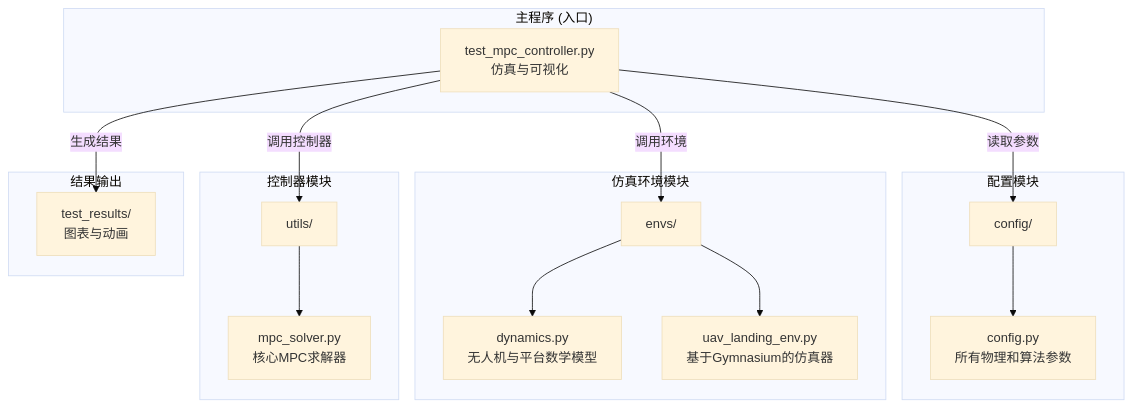
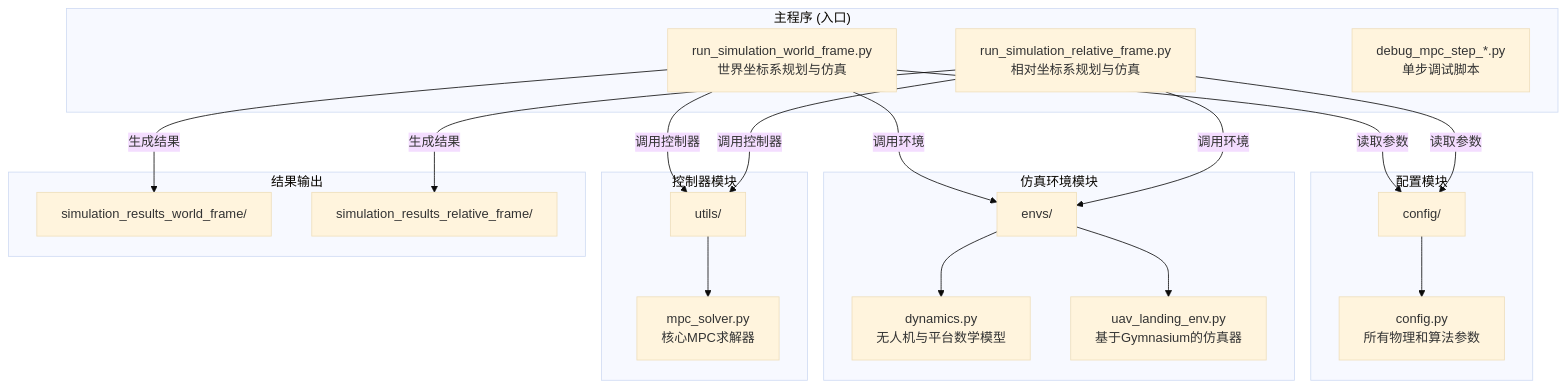
One commit to low-key200/MPC_Landing_Test changed the diagram in README.md. Above: the diagram before and after it, drawn with Mermaid (base theme). The commit also changed other lines of this file and 14 other files, not shown here.

````diff
--- a/README.md
+++ b/README.md
@@ -23,30 +25,38 @@
 ```mermaid
 graph TD
     subgraph "主程序 (入口)"
-        B["test_mpc_controller.py<br>仿真与可视化"]
+        B1["run_simulation_world_frame.py<br>世界坐标系规划与仿真"]
+        B2["run_simulation_relative_frame.py<br>相对坐标系规划与仿真"]
+        B3["debug_mpc_step_*.py<br>单步调试脚本"]
     end
 
     subgraph "配置模块"
         C["config/"] --> G["config.py<br>所有物理和算法参数"]
     end
 
     subgraph "仿真环境模块"
         D["envs/"] --> H["dynamics.py<br>无人机与平台数学模型"]
         D --> I["uav_landing_env.py<br>基于Gymnasium的仿真器"]
     end
 
     subgraph "控制器模块"
         E["utils/"] --> J["mpc_solver.py<br>核心MPC求解器"]
     end
 
     subgraph "结果输出"
-        F["test_results/<br>图表与动画"]
+        F1["simulation_results_world_frame/"]
+        F2["simulation_results_relative_frame/"]
     end
 
     %% 定义模块间依赖关系
-    B -- "读取参数" --> C
-    B -- "调用环境" --> D
-    B -- "调用控制器" --> E
-    B -- "生成结果" --> F
+    B1 -- "读取参数" --> C
+    B1 -- "调用环境" --> D
+    B1 -- "调用控制器" --> E
+    B1 -- "生成结果" --> F1
+  
+    B2 -- "读取参数" --> C
+    B2 -- "调用环境" --> D
+    B2 -- "调用控制器" --> E
+    B2 -- "生成结果" --> F2
 
 ```
````
